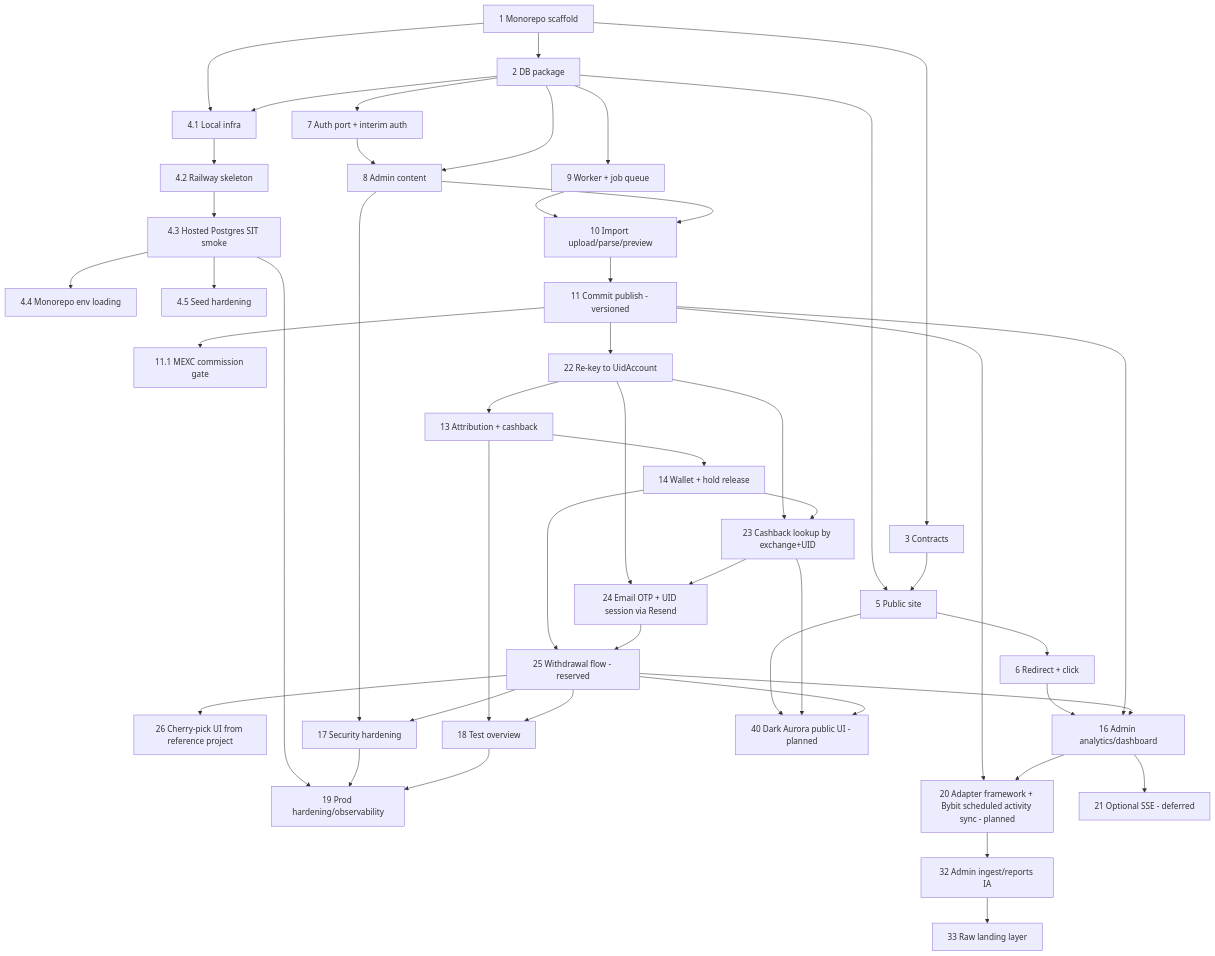
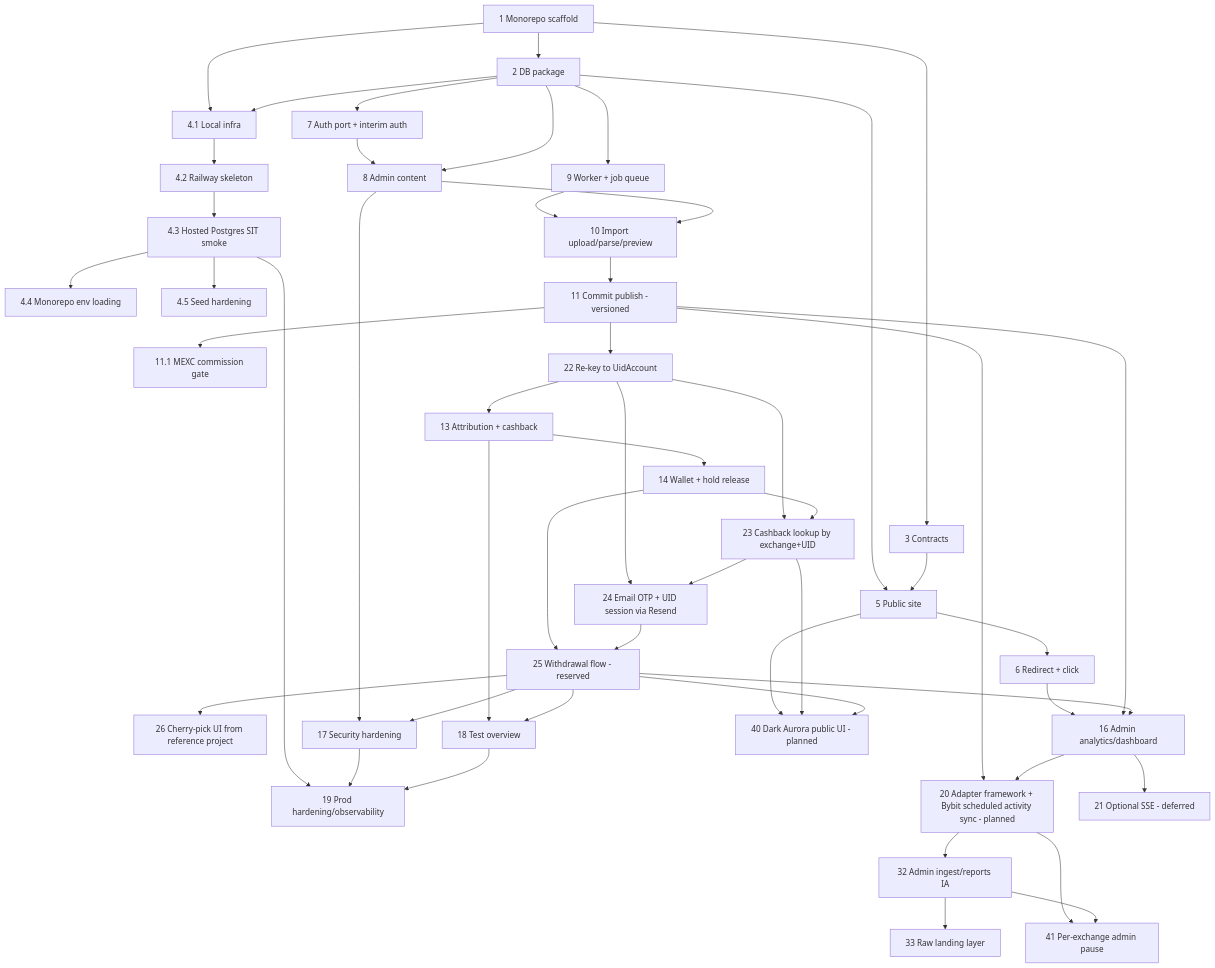
Before and after one commit to BuiHoangDuong/13092026: the diagram in .kiro/specs/cashback-platform/tasks.md, drawn with Mermaid. The commit also changed other lines of this file and 10 other files, not shown here.

````diff
--- a/.kiro/specs/cashback-platform/tasks.md
+++ b/.kiro/specs/cashback-platform/tasks.md
@@ -93,50 +93,52 @@
 ```mermaid
 flowchart TD
   T1[1 Monorepo scaffold] --> T2[2 DB package]
   T1 --> T3[3 Contracts]
   T1 --> T41[4.1 Local infra]
   T2 --> T41
   T41 --> T42[4.2 Railway skeleton]
   T42 --> T43[4.3 Hosted Postgres SIT smoke]
   T43 --> T44[4.4 Monorepo env loading]
   T43 --> T45[4.5 Seed hardening]
   T2 --> T5[5 Public site]
   T3 --> T5
   T5 --> T6[6 Redirect + click]
   T2 --> T7[7 Auth port + interim auth]
   T7 --> T8[8 Admin content]
   T2 --> T8
   T2 --> T9[9 Worker + job queue]
   T9 --> T10[10 Import upload/parse/preview]
   T8 --> T10
   T10 --> T11[11 Commit publish - versioned]
   T11 --> T111[11.1 MEXC commission gate]
   T11 --> T22[22 Re-key to UidAccount]
   T22 --> T13[13 Attribution + cashback]
   T13 --> T14[14 Wallet + hold release]
   T22 --> T23[23 Cashback lookup by exchange+UID]
   T14 --> T23
   T22 --> T24[24 Email OTP + UID session via Resend]
   T23 --> T24
   T14 --> T25[25 Withdrawal flow - reserved]
   T24 --> T25
   T25 --> T26[26 Cherry-pick UI from reference project]
   T6 --> T16[16 Admin analytics/dashboard]
   T11 --> T16
   T25 --> T16
   T8 --> T17[17 Security hardening]
   T25 --> T17
   T13 --> T18[18 Test overview]
   T25 --> T18
   T43 --> T19[19 Prod hardening/observability]
   T17 --> T19
   T18 --> T19
   T11 --> T20[20 Adapter framework + Bybit scheduled activity sync - planned]
   T20 --> T32[32 Admin ingest/reports IA]
   T32 --> T33[33 Raw landing layer]
   T16 --> T20
   T16 --> T21[21 Optional SSE - deferred]
   T5 --> T40[40 Dark Aurora public UI - planned]
   T23 --> T40
   T25 --> T40
+  T20 --> TAdminPause[41 Per-exchange admin pause]
+  T32 --> TAdminPause
 ```
````
